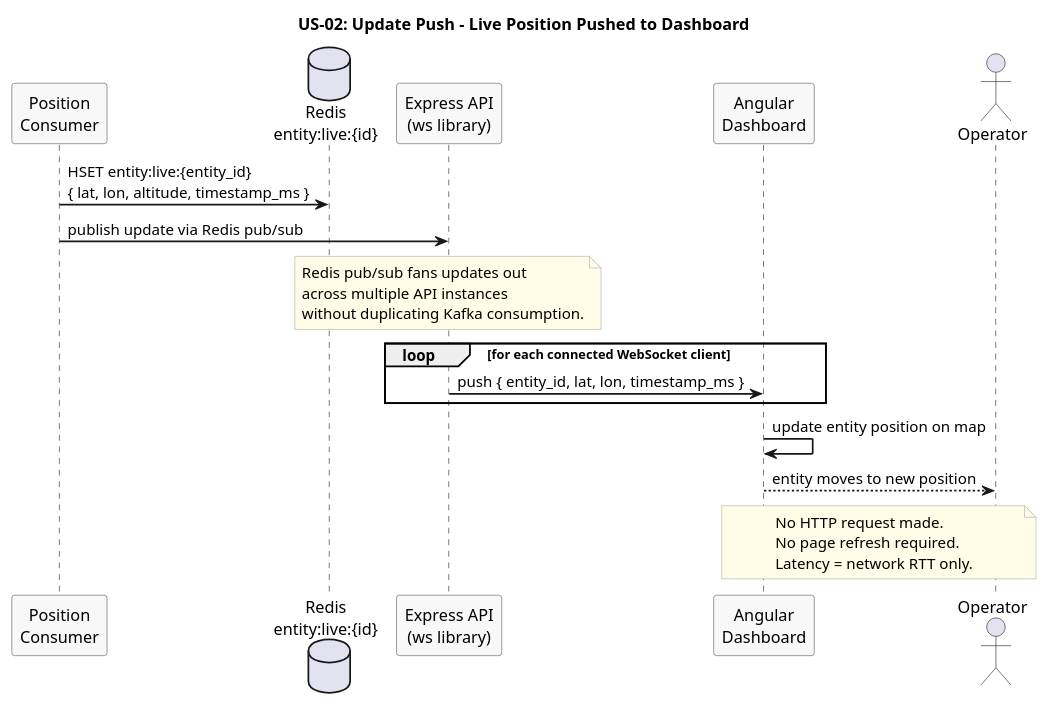
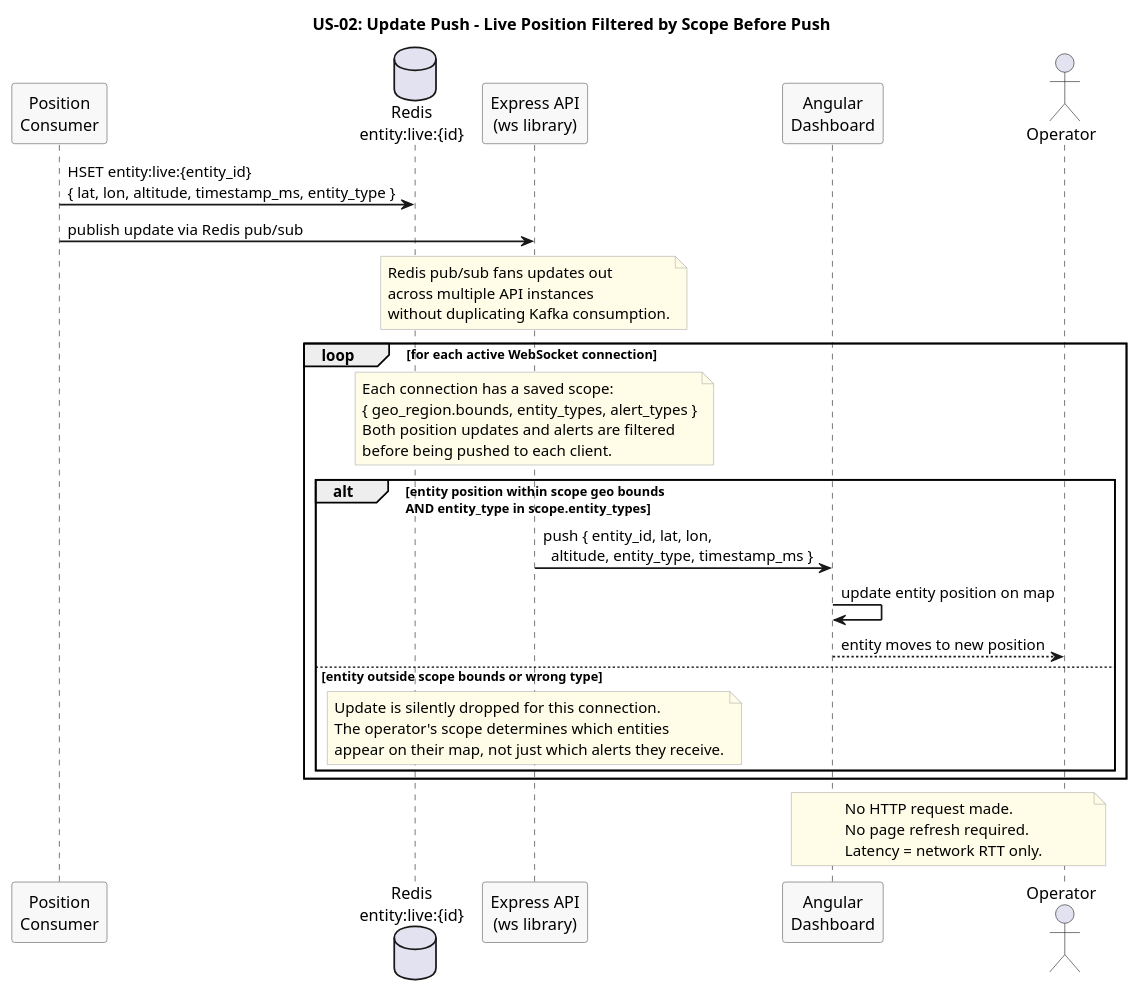
Before and after one commit to Buffden/sentinel: the diagram in docs/use-cases/US-02-live-map-updates/update-push.puml, drawn with PlantUML. The commit also changed 13 other files, not shown here.

Commit message:
docs: sync existing use case diagrams with auth, alert table writes, and scope filtering

```diff
--- a/docs/use-cases/US-02-live-map-updates/update-push.puml
+++ b/docs/use-cases/US-02-live-map-updates/update-push.puml
@@ -1,38 +1,52 @@
 @startuml update-push
-title US-02: Update Push - Live Position Pushed to Dashboard
+title US-02: Update Push - Live Position Filtered by Scope Before Push
 
 skinparam sequenceArrowThickness 1.5
 skinparam participantBorderColor #555555
 skinparam participantBackgroundColor #F8F8F8
 skinparam noteBorderColor #AAAAAA
 skinparam noteBackgroundColor #FFFDE7
 
 participant "Position\nConsumer" as Consumer
 database "Redis\nentity:live:{id}" as Redis
 participant "Express API\n(ws library)" as API
 participant "Angular\nDashboard" as Dashboard
 actor Operator
 
-Consumer -> Redis : HSET entity:live:{entity_id}\n{ lat, lon, altitude, timestamp_ms }
+Consumer -> Redis : HSET entity:live:{entity_id}\n{ lat, lon, altitude, timestamp_ms, entity_type }
 Consumer -> API : publish update via Redis pub/sub
 
 note over API
   Redis pub/sub fans updates out
   across multiple API instances
   without duplicating Kafka consumption.
 end note
 
-loop for each connected WebSocket client
-  API -> Dashboard : push { entity_id, lat, lon, timestamp_ms }
+loop for each active WebSocket connection
+  note over API
+    Each connection has a saved scope:
+    { geo_region.bounds, entity_types, alert_types }
+    Both position updates and alerts are filtered
+    before being pushed to each client.
+  end note
+
+  alt entity position within scope geo bounds\nAND entity_type in scope.entity_types
+    API -> Dashboard : push { entity_id, lat, lon,\n  altitude, entity_type, timestamp_ms }
+    Dashboard -> Dashboard : update entity position on map
+    Dashboard --> Operator : entity moves to new position
+  else entity outside scope bounds or wrong type
+    note over API
+      Update is silently dropped for this connection.
+      The operator's scope determines which entities
+      appear on their map, not just which alerts they receive.
+    end note
+  end
 end
-
-Dashboard -> Dashboard : update entity position on map
-Dashboard --> Operator : entity moves to new position
 
 note over Dashboard, Operator
   No HTTP request made.
   No page refresh required.
   Latency = network RTT only.
 end note
 
 @enduml
```
